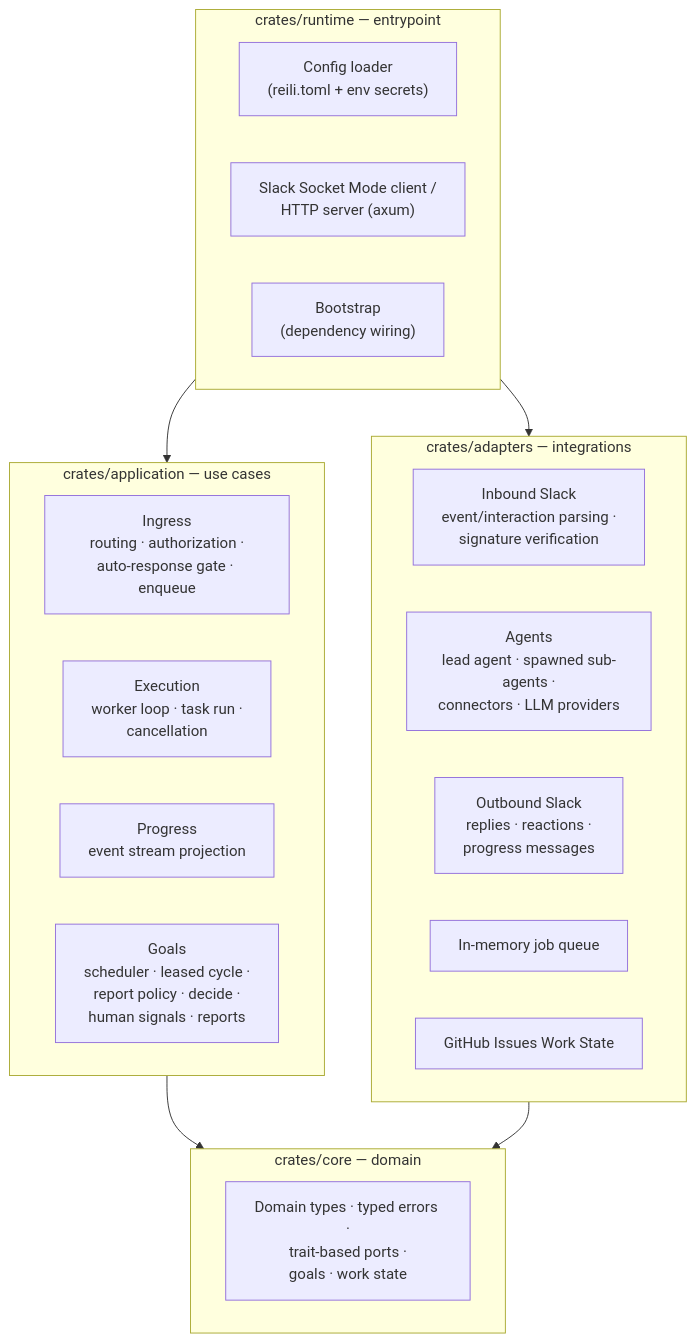
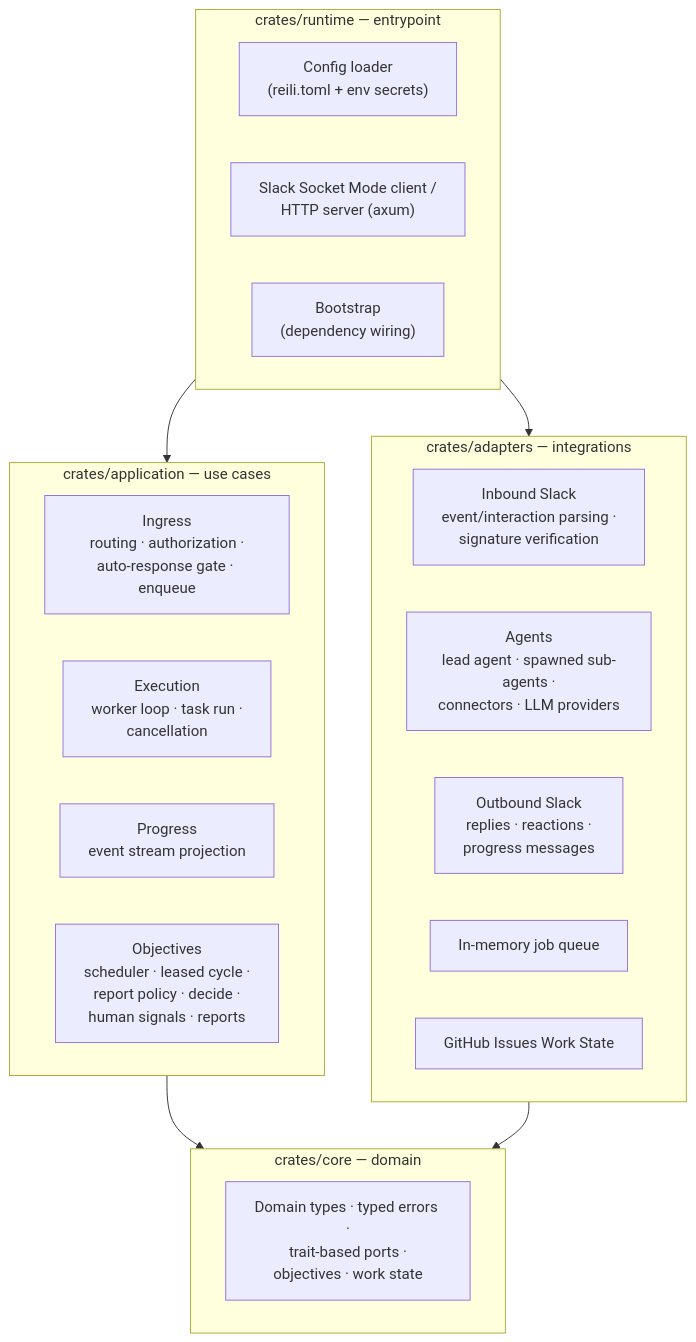
The diagram in docs/architecture.md (reilidev/reili), drawn with Mermaid before and after one commit. The commit also changed other lines of this file and 55 other files, not shown here.

First line of the commit message:
Rename goals to objectives

````diff
--- a/docs/architecture.md
+++ b/docs/architecture.md
@@ -10,32 +10,32 @@
 ```mermaid
 flowchart TB
     subgraph runtime["crates/runtime — entrypoint"]
         CONFIG["Config loader<br/>(reili.toml + env secrets)"]
         SERVE["Slack Socket Mode client /<br/>HTTP server (axum)"]
         BOOT["Bootstrap<br/>(dependency wiring)"]
     end
 
     subgraph application["crates/application — use cases"]
         INGRESS["Ingress<br/>routing · authorization ·<br/>auto-response gate · enqueue"]
         EXEC["Execution<br/>worker loop · task run ·<br/>cancellation"]
         PROGRESS["Progress<br/>event stream projection"]
-        GOAL["Goals<br/>scheduler · leased cycle ·<br/>report policy · decide ·<br/>human signals · reports"]
+        OBJECTIVE["Objectives<br/>scheduler · leased cycle ·<br/>report policy · decide ·<br/>human signals · reports"]
     end
 
     subgraph adapters["crates/adapters — integrations"]
         INBOUND["Inbound Slack<br/>event/interaction parsing ·<br/>signature verification"]
         AGENTS["Agents<br/>lead agent · spawned sub-agents ·<br/>connectors · LLM providers"]
         OUTBOUND["Outbound Slack<br/>replies · reactions ·<br/>progress messages"]
         QUEUE["In-memory job queue"]
         WORK["GitHub Issues Work State"]
     end
 
     subgraph core["crates/core — domain"]
-        DOMAIN["Domain types · typed errors ·<br/>trait-based ports ·<br/>goals · work state"]
+        DOMAIN["Domain types · typed errors ·<br/>trait-based ports ·<br/>objectives · work state"]
     end
 
     runtime --> application
     runtime --> adapters
     application --> core
     adapters --> core
 ```
````
